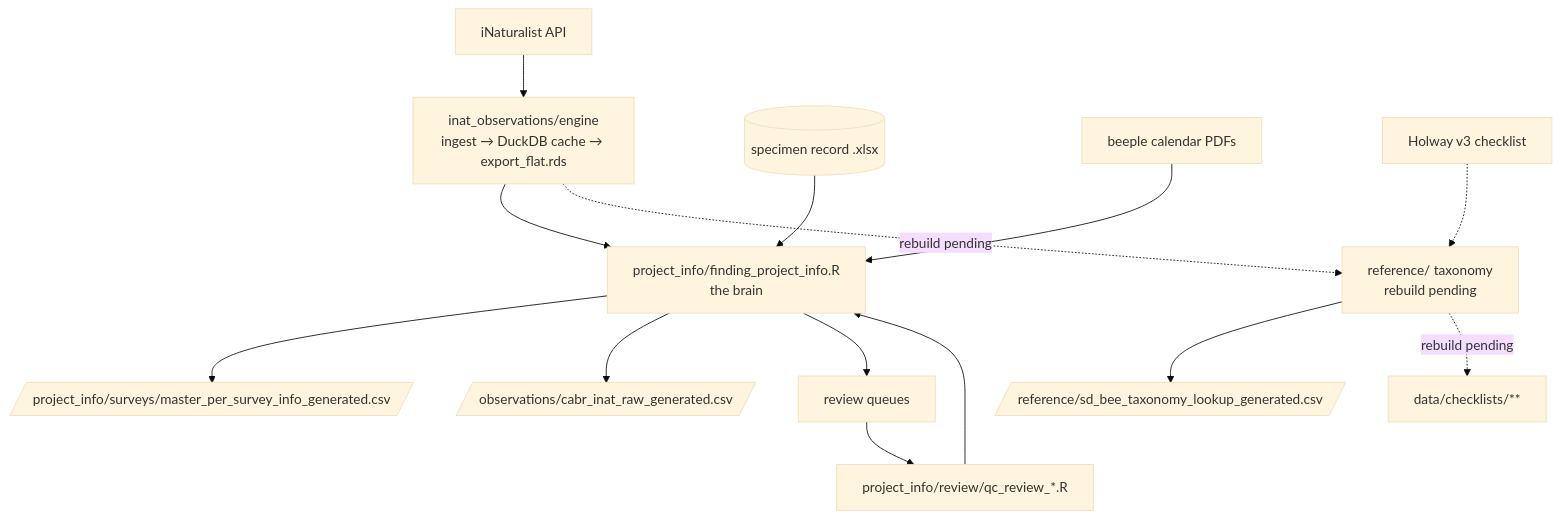
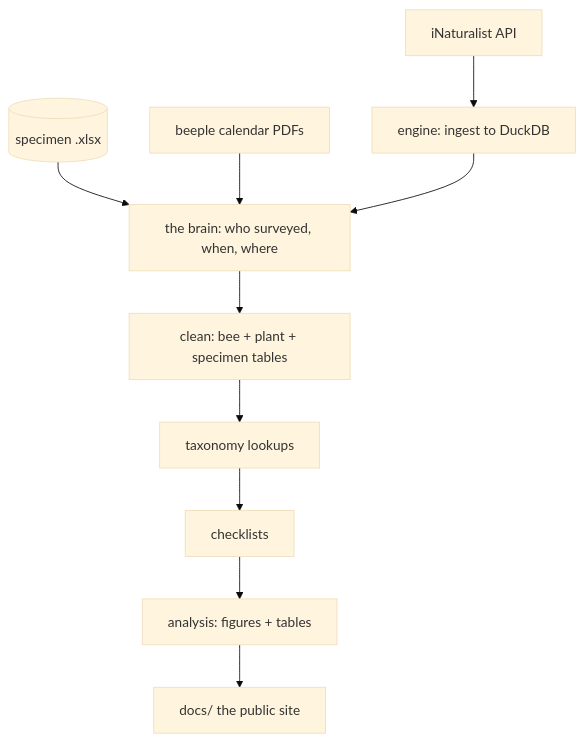
One commit to RandomBirdLover/beescabr changed the diagram in dev-docs/SCRIPTS_GUIDE.md. Above: the diagram before and after it, drawn with Mermaid (base theme). The commit also changed other lines of this file and 14 other files, not shown here.

````diff
--- a/dev-docs/SCRIPTS_GUIDE.md
+++ b/dev-docs/SCRIPTS_GUIDE.md
@@ -56,13 +8,12 @@
 ```mermaid
 flowchart TD
-  API[iNaturalist API] --> ENG[inat_observations/engine<br/>ingest → DuckDB cache → export_flat.rds]
-  ENG --> BRAIN[project_info/finding_project_info.R<br/>the brain]
-  SPEC[(specimen record .xlsx)] --> BRAIN
+  API[iNaturalist API] --> ENG[engine: ingest to DuckDB]
+  SPEC[(specimen .xlsx)] --> BRAIN
   CAL[beeple calendar PDFs] --> BRAIN
-  BRAIN --> PSI[/project_info/surveys/master_per_survey_info_generated.csv/]
-  BRAIN --> RAW[/observations/cabr_inat_raw_generated.csv/]
-  BRAIN --> REV[review queues] --> RW[project_info/review/qc_review_*.R] --> BRAIN
-  ENG -.rebuild pending.-> REF[reference/ taxonomy<br/>rebuild pending] --> LOOK[/reference/sd_bee_taxonomy_lookup_generated.csv/]
-  HOL[Holway v3 checklist] -.-> REF
-  REF -.rebuild pending.-> CHK[data/checklists/**]
+  ENG --> BRAIN[the brain: who surveyed, when, where]
+  BRAIN --> CLEAN[clean: bee + plant + specimen tables]
+  CLEAN --> REF[taxonomy lookups]
+  REF --> CHK[checklists]
+  CHK --> ANA[analysis: figures + tables]
+  ANA --> WEB[docs/ the public site]
 ```
````
